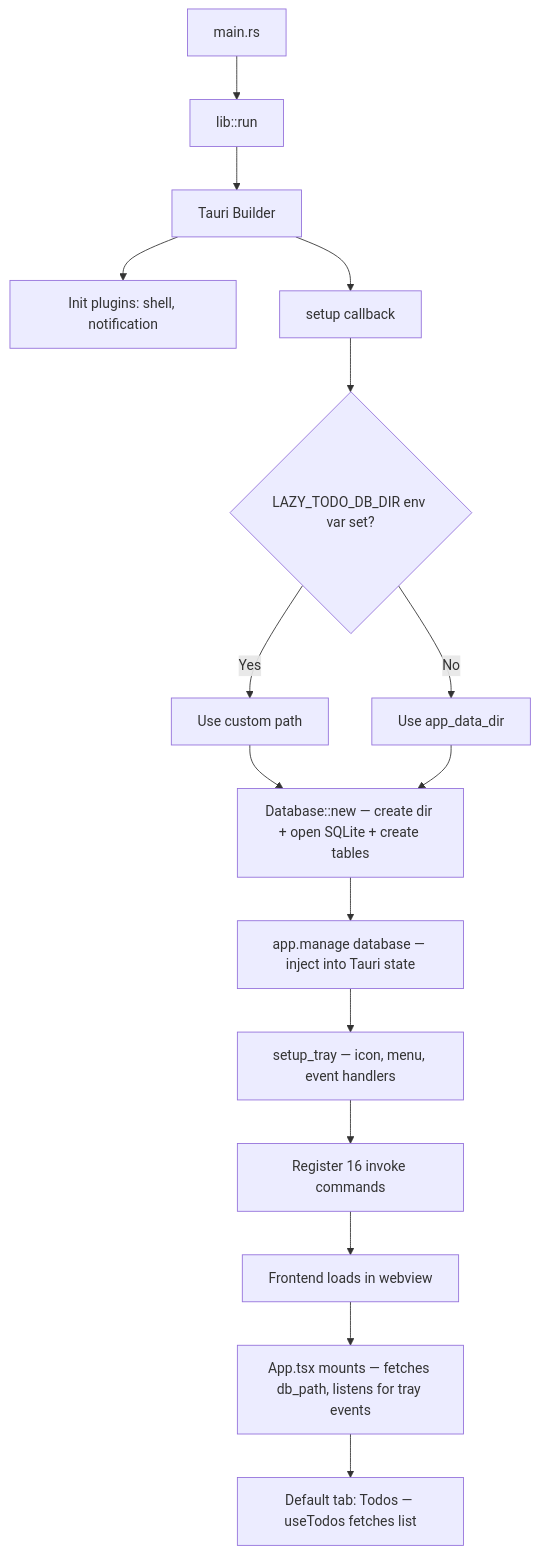
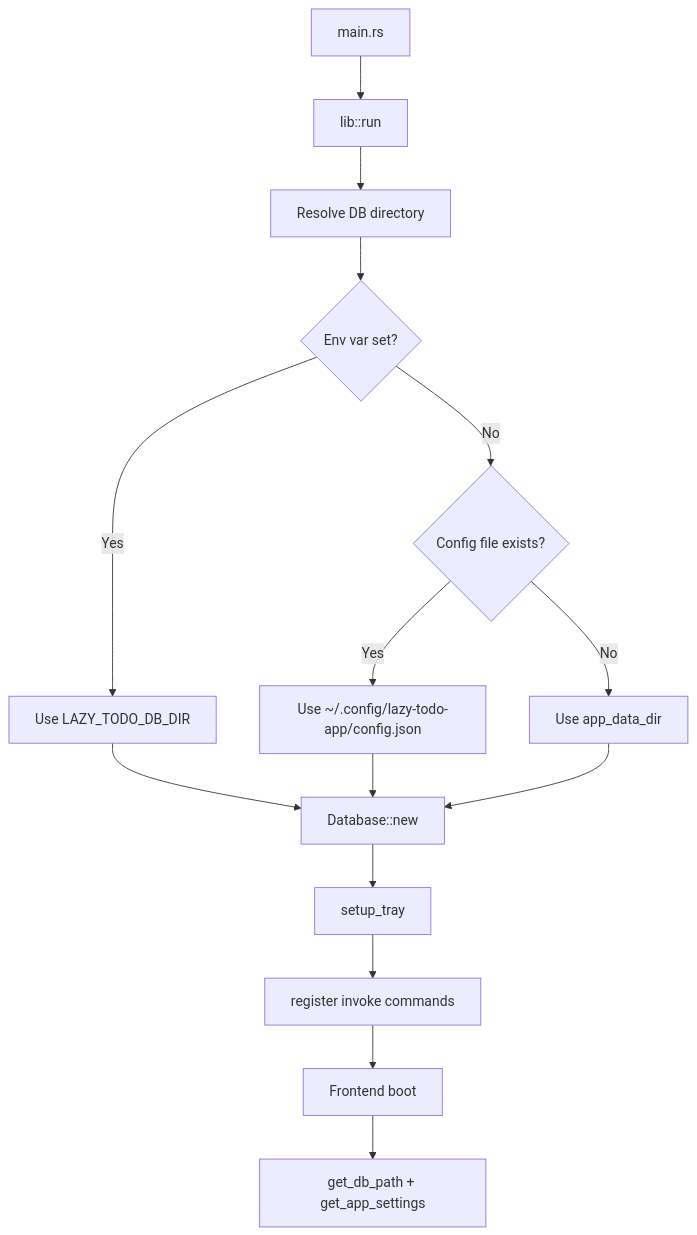
One commit to walterfan/lazy-todo-app changed the sixth of 6 diagrams in doc/03-workflows.md. Above: the diagram before and after it, drawn with Mermaid. The commit also changed other lines of this file and 83 other files, not shown here.

````diff
--- a/doc/03-workflows.md
+++ b/doc/03-workflows.md
@@ -127,18 +119,17 @@
 ```mermaid
 flowchart TD
     A[main.rs] --> B[lib::run]
-    B --> C[Tauri Builder]
-    C --> D[Init plugins: shell, notification]
-    C --> E[setup callback]
-    E --> F{LAZY_TODO_DB_DIR env var set?}
-    F -->|Yes| G[Use custom path]
+    B --> C[Resolve DB directory]
+    C --> D{Env var set?}
+    D -->|Yes| E[Use LAZY_TODO_DB_DIR]
+    D -->|No| F{Config file exists?}
+    F -->|Yes| G[Use ~/.config/lazy-todo-app/config.json]
     F -->|No| H[Use app_data_dir]
-    G --> I[Database::new — create dir + open SQLite + create tables]
+    E --> I[Database::new]
+    G --> I
     H --> I
-    I --> J[app.manage database — inject into Tauri state]
-    J --> K[setup_tray — icon, menu, event handlers]
-    K --> L[Register 16 invoke commands]
-    L --> M[Frontend loads in webview]
-    M --> N[App.tsx mounts — fetches db_path, listens for tray events]
-    N --> O[Default tab: Todos — useTodos fetches list]
+    I --> J[setup_tray]
+    J --> K[register invoke commands]
+    K --> L[Frontend boot]
+    L --> M[get_db_path + get_app_settings]
 ```
````
